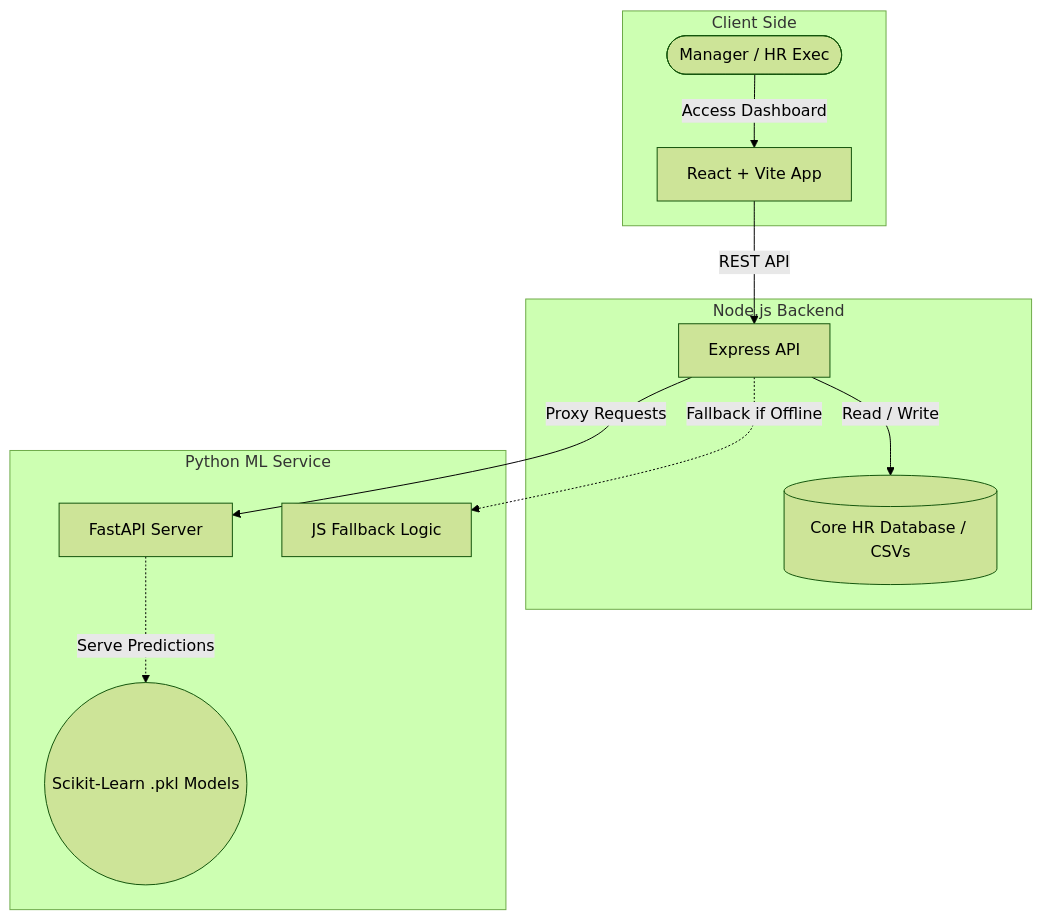
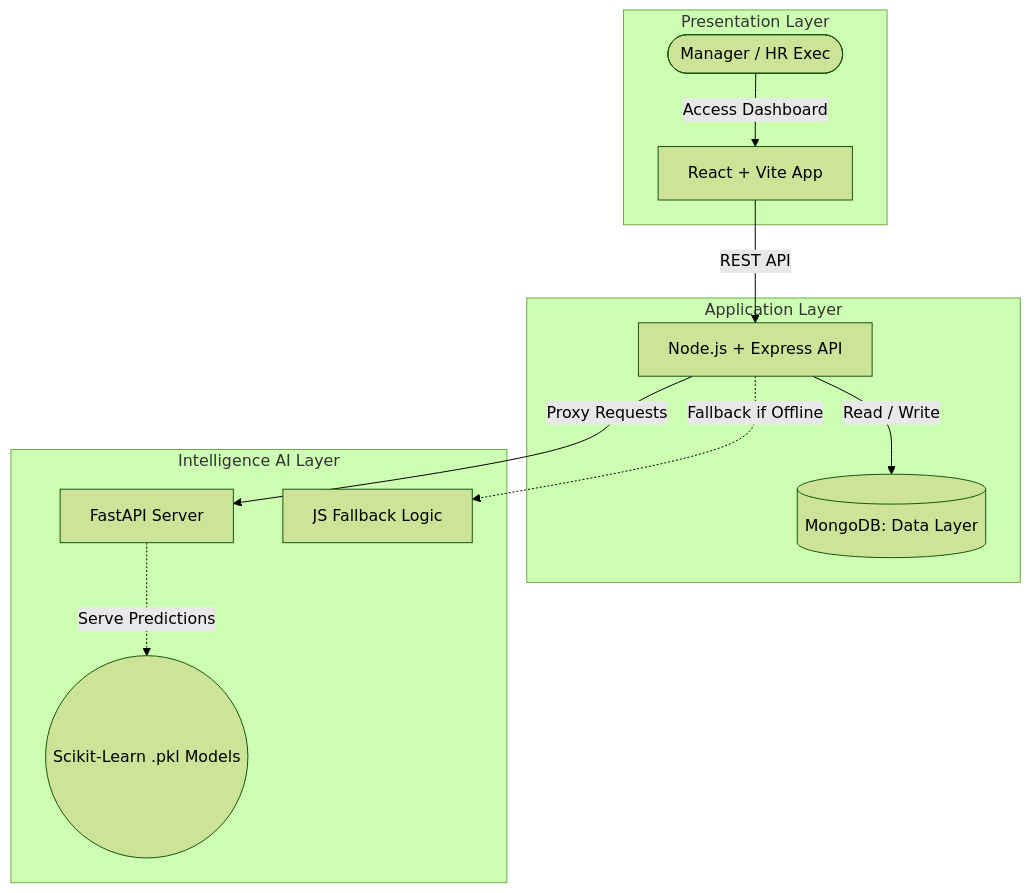
Before and after one commit to AbdallahAlameer/Humetrics: the diagram in README.md, drawn with Mermaid (forest theme). The commit also changed other lines of this file, not shown here.

Commit message:
docs: update system architecture to 4-layer model

````diff
--- a/README.md
+++ b/README.md
@@ -33,17 +34,17 @@
 ```mermaid
 graph TD
-    subgraph Client [Client Side]
+    subgraph Client [Presentation Layer]
         User([Manager / HR Exec]) -->|Access Dashboard| Frontend[React + Vite App]
     end
 
-    subgraph Server [Node.js Backend]
-        Frontend -->|REST API| API[Express API]
-        API -->|Read / Write| Database[(Core HR Database / CSVs)]
+    subgraph Server [Application Layer]
+        Frontend -->|REST API| API[Node.js + Express API]
+        API -->|Read / Write| Database[(MongoDB: Data Layer)]
     end
 
-    subgraph Intelligence [Python ML Service]
+    subgraph Intelligence [Intelligence AI Layer]
         API -- Proxy Requests --> FastAPI[FastAPI Server]
         FastAPI -.->|Serve Predictions| Models((Scikit-Learn .pkl Models))
         API -.->|Fallback if Offline| Heuristics[JS Fallback Logic]
     end
 ```
````
